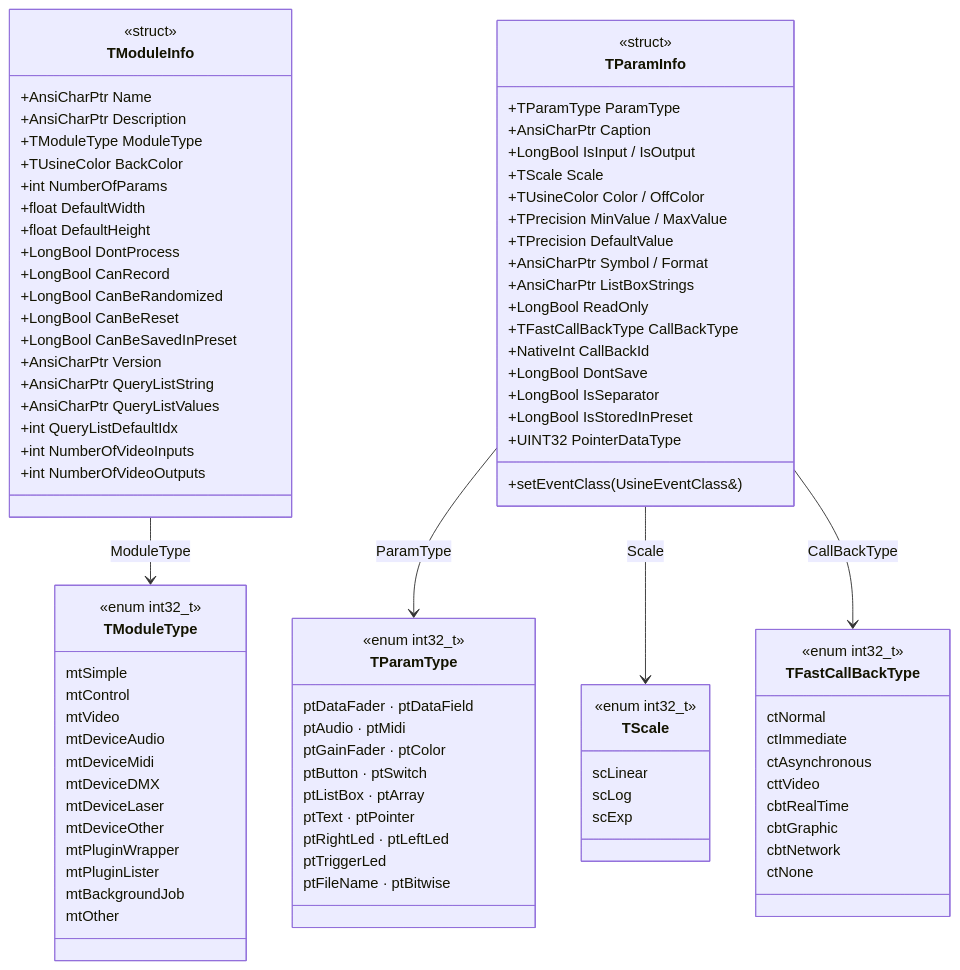
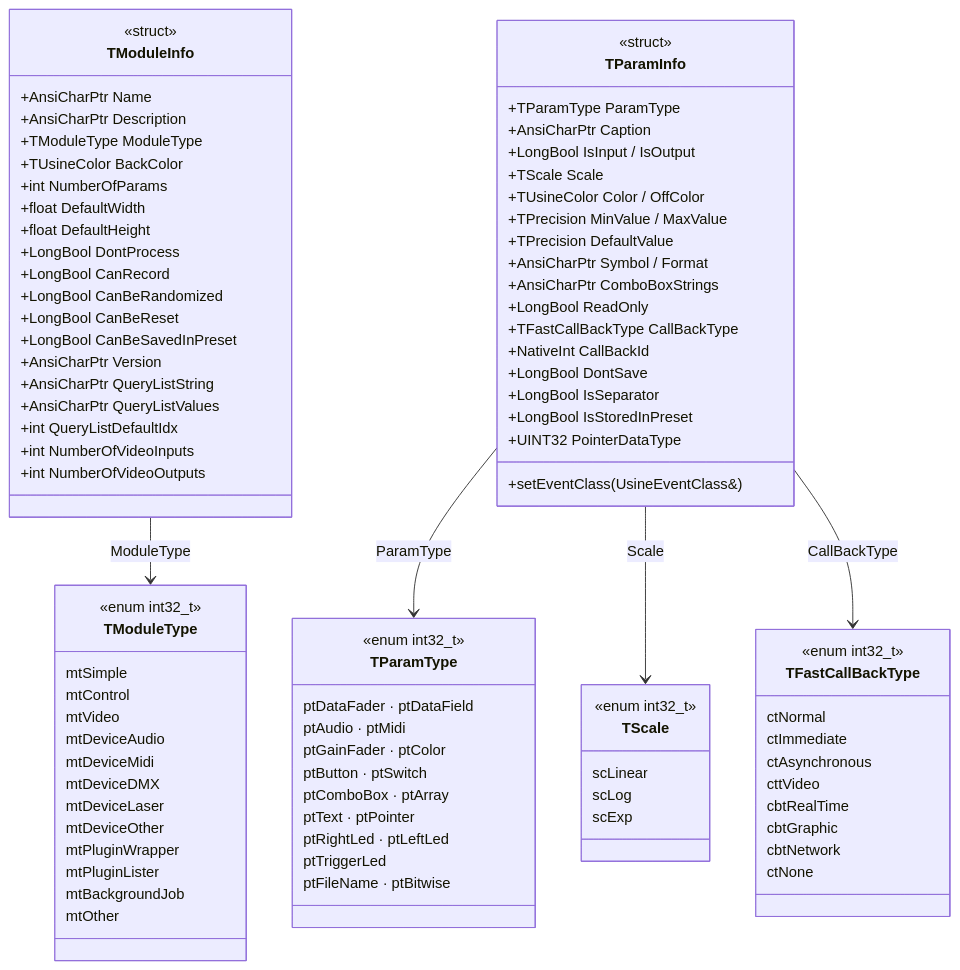
The second of 9 diagrams in wiki/sdk/class-diagram.md (brainmodular/USINE-SDK-PUBLIC), drawn with Mermaid before and after one commit. The commit also changed other lines of this file and 52 other files, not shown here.

```diff
--- a/wiki/sdk/class-diagram.md
+++ b/wiki/sdk/class-diagram.md
@@ -138,7 +138,7 @@
         +TPrecision MinValue / MaxValue
         +TPrecision DefaultValue
         +AnsiCharPtr Symbol / Format
-        +AnsiCharPtr ListBoxStrings
+        +AnsiCharPtr ComboBoxStrings
         +LongBool ReadOnly
         +TFastCallBackType CallBackType
         +NativeInt CallBackId
@@ -171,7 +171,7 @@
         ptAudio · ptMidi
         ptGainFader · ptColor
         ptButton · ptSwitch
-        ptListBox · ptArray
+        ptComboBox · ptArray
         ptText · ptPointer
         ptRightLed · ptLeftLed
         ptTriggerLed
```
